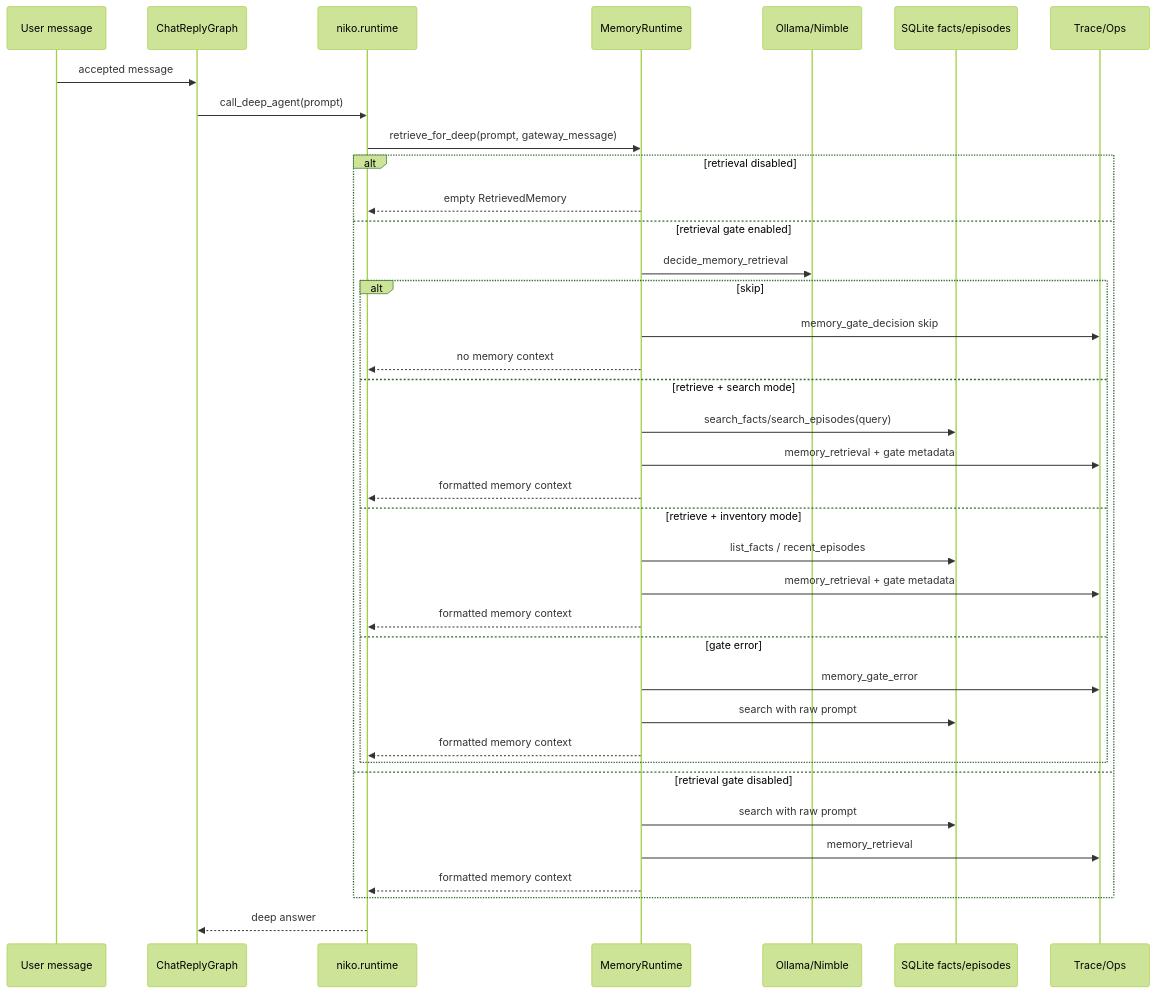
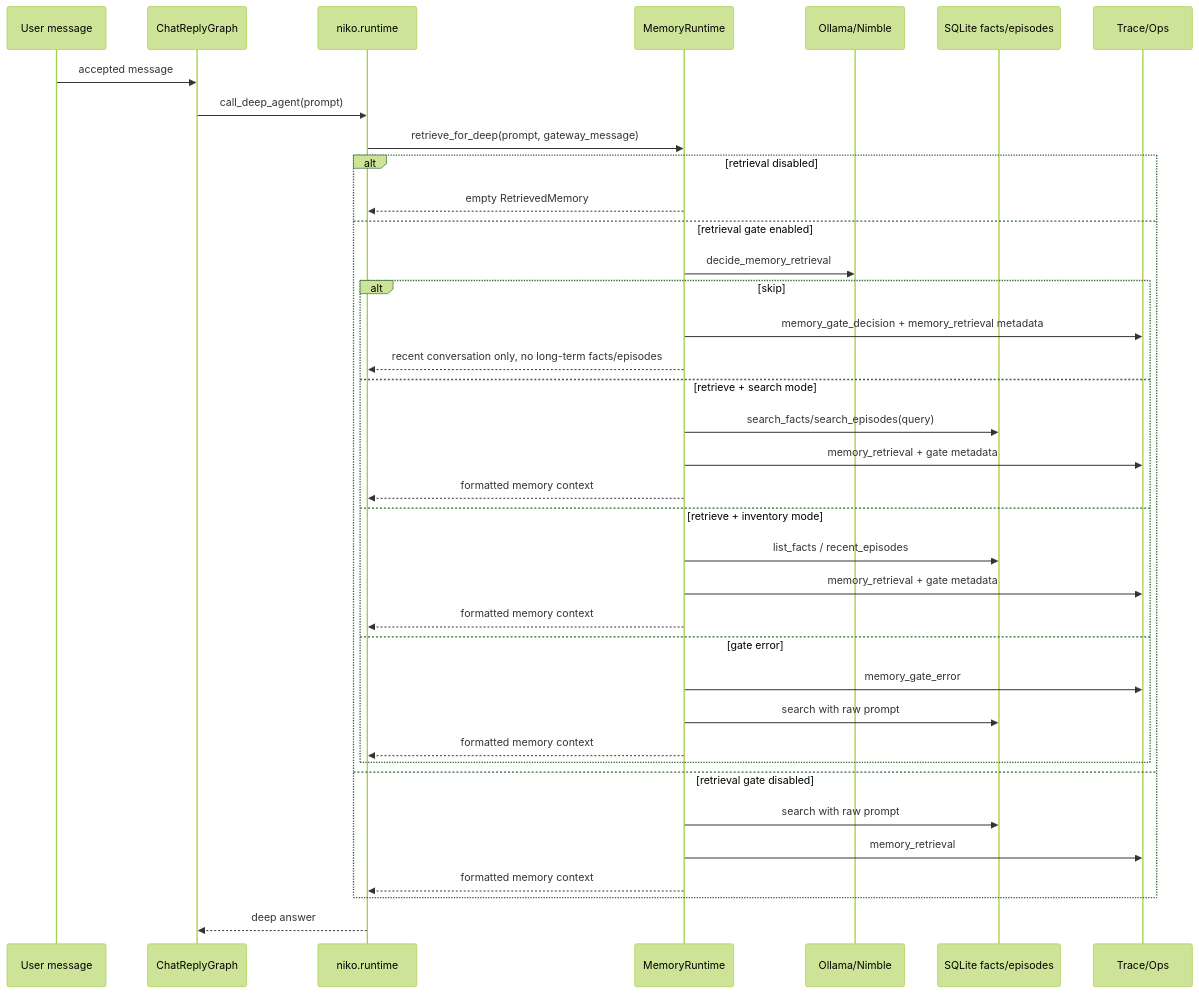
The third of 7 diagrams in docs/memory/chat-memory-architecture-flow.md (LuongAnh1/Niko_Agent), drawn with Mermaid (forest theme) before and after one commit. The commit also changed other lines of this file and 12 other files, not shown here.

Commit message:
Harden chat memory correction flow

````diff
--- a/docs/memory/chat-memory-architecture-flow.md
+++ b/docs/memory/chat-memory-architecture-flow.md
@@ -99,42 +113,42 @@
 ```mermaid
 sequenceDiagram
     participant User as User message
     participant Graph as ChatReplyGraph
     participant Deep as niko.runtime
     participant Mem as MemoryRuntime
     participant DM as Ollama/Nimble
     participant Store as SQLite facts/episodes
     participant Trace as Trace/Ops
 
     User->>Graph: accepted message
     Graph->>Deep: call_deep_agent(prompt)
     Deep->>Mem: retrieve_for_deep(prompt, gateway_message)
 
     alt retrieval disabled
         Mem-->>Deep: empty RetrievedMemory
     else retrieval gate enabled
         Mem->>DM: decide_memory_retrieval
         alt skip
-            Mem->>Trace: memory_gate_decision skip
-            Mem-->>Deep: no memory context
+            Mem->>Trace: memory_gate_decision + memory_retrieval metadata
+            Mem-->>Deep: recent conversation only, no long-term facts/episodes
         else retrieve + search mode
             Mem->>Store: search_facts/search_episodes(query)
             Mem->>Trace: memory_retrieval + gate metadata
             Mem-->>Deep: formatted memory context
         else retrieve + inventory mode
             Mem->>Store: list_facts / recent_episodes
             Mem->>Trace: memory_retrieval + gate metadata
             Mem-->>Deep: formatted memory context
         else gate error
             Mem->>Trace: memory_gate_error
             Mem->>Store: search with raw prompt
             Mem-->>Deep: formatted memory context
         end
     else retrieval gate disabled
         Mem->>Store: search with raw prompt
         Mem->>Trace: memory_retrieval
         Mem-->>Deep: formatted memory context
     end
 
     Deep-->>Graph: deep answer
 ```
````
